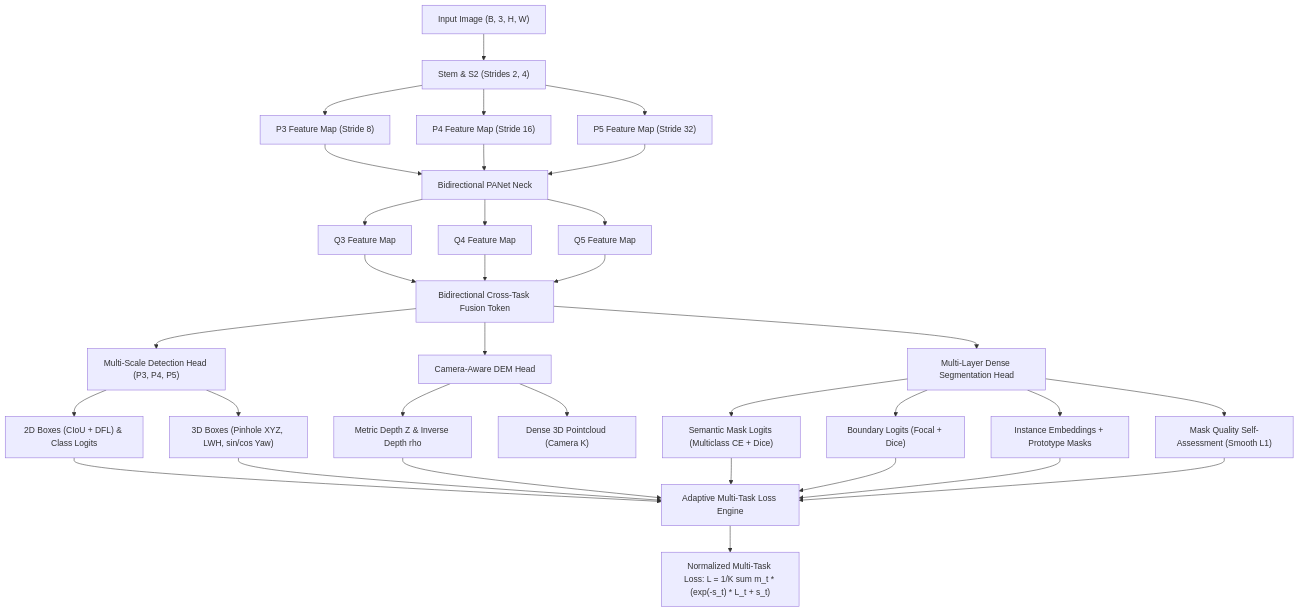
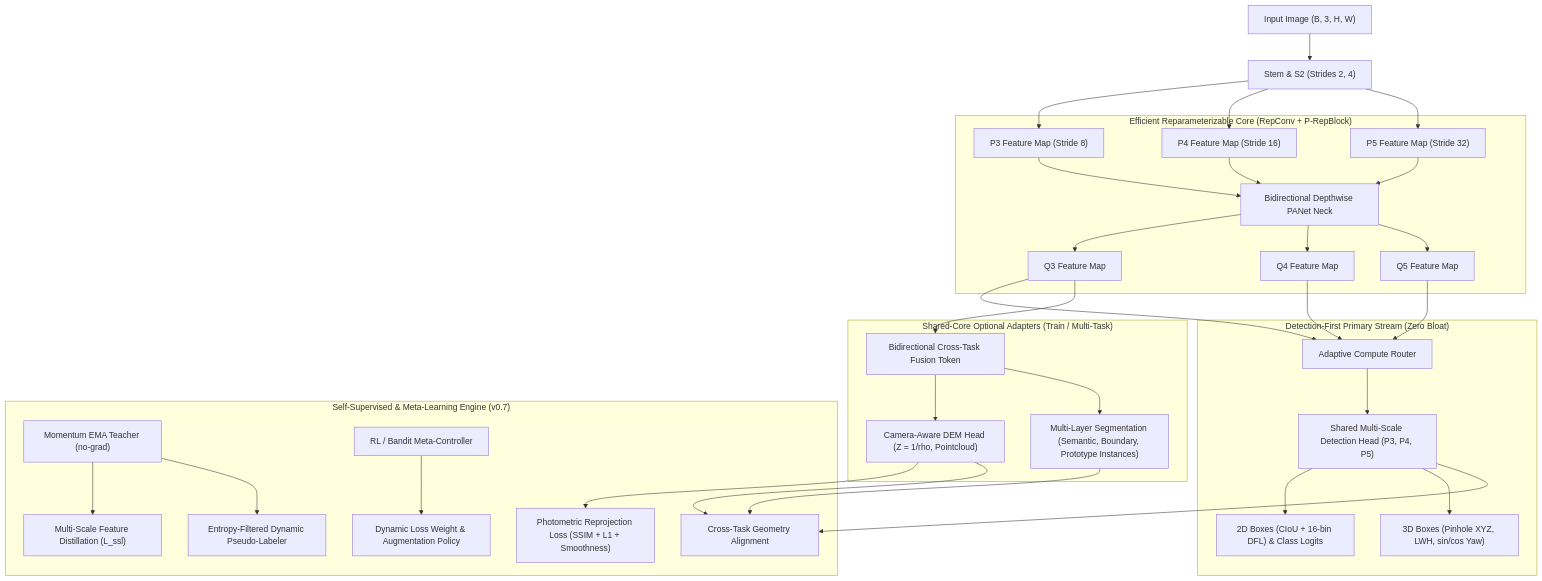
The diagram in README.md (ELANGKATHIR11/Neuravex), drawn with Mermaid before and after one commit. The commit also changed other lines of this file and 3 other files, not shown here.

Commit message:
docs: update repository description, architecture diagram, packages and setup for Neuravex v0.7

````diff
--- a/README.md
+++ b/README.md
@@ -12,31 +15,35 @@
 ```mermaid
 flowchart TD
     Input["Input Image (B, 3, H, W)"] --> Stem["Stem & S2 (Strides 2, 4)"]
     Stem --> P3["P3 Feature Map (Stride 8)"]
     Stem --> P4["P4 Feature Map (Stride 16)"]
     Stem --> P5["P5 Feature Map (Stride 32)"]
 
-    P3 & P4 & P5 --> PANet["Bidirectional PANet Neck"]
-    PANet --> Q3["Q3 Feature Map"]
-    PANet --> Q4["Q4 Feature Map"]
-    PANet --> Q5["Q5 Feature Map"]
+    subgraph Core["Efficient Reparameterizable Core (RepConv + P-RepBlock)"]
+        P3 & P4 & P5 --> PANet["Bidirectional Depthwise PANet Neck"]
+        PANet --> Q3["Q3 Feature Map"]
+        PANet --> Q4["Q4 Feature Map"]
+        PANet --> Q5["Q5 Feature Map"]
+    end
 
-    Q3 & Q4 & Q5 --> Fusion["Bidirectional Cross-Task Fusion Token"]
+    subgraph FastPath["Detection-First Primary Stream (Zero Bloat)"]
+        Q3 & Q4 & Q5 --> Router["Adaptive Compute Router"]
+        Router --> DetHead["Shared Multi-Scale Detection Head (P3, P4, P5)"]
+        DetHead --> Out2D["2D Boxes (CIoU + 16-bin DFL) & Class Logits"]
+        DetHead --> Out3D["3D Boxes (Pinhole XYZ, LWH, sin/cos Yaw)"]
+    end
 
-    Fusion --> DetHead["Multi-Scale Detection Head (P3, P4, P5)"]
-    DetHead --> Out2D["2D Boxes (CIoU + DFL) & Class Logits"]
-    DetHead --> Out3D["3D Boxes (Pinhole XYZ, LWH, sin/cos Yaw)"]
+    subgraph Auxiliary["Shared-Core Optional Adapters (Train / Multi-Task)"]
+        Q3 --> Fusion["Bidirectional Cross-Task Fusion Token"]
+        Fusion --> DEM["Camera-Aware DEM Head (Z = 1/rho, Pointcloud)"]
+        Fusion --> SegHead["Multi-Layer Segmentation (Semantic, Boundary, Prototype Instances)"]
+    end
 
-    Fusion --> DEM["Camera-Aware DEM Head"]
-    DEM --> OutDepth["Metric Depth Z & Inverse Depth rho"]
-    DEM --> OutPoints["Dense 3D Pointcloud (Camera K)"]
-
-    Fusion --> SegHead["Multi-Layer Dense Segmentation Head"]
-    SegHead --> OutSem["Semantic Mask Logits (Multiclass CE + Dice)"]
-    SegHead --> OutBound["Boundary Logits (Focal + Dice)"]
-    SegHead --> OutInst["Instance Embeddings + Prototype Masks"]
-    SegHead --> OutQual["Mask Quality Self-Assessment (Smooth L1)"]
-
-    Out2D & Out3D & OutDepth & OutSem & OutBound & OutInst & OutQual --> LossEngine["Adaptive Multi-Task Loss Engine"]
-    LossEngine --> TotalLoss["Normalized Multi-Task Loss: L = 1/K sum m_t * (exp(-s_t) * L_t + s_t)"]
+    subgraph SSL["Self-Supervised & Meta-Learning Engine (v0.7)"]
+        Teacher["Momentum EMA Teacher (no-grad)"] --> Distill["Multi-Scale Feature Distillation (L_ssl)"]
+        Teacher --> Pseudo["Entropy-Filtered Dynamic Pseudo-Labeler"]
+        DEM --> Photo["Photometric Reprojection Loss (SSIM + L1 + Smoothness)"]
+        DetHead & SegHead & DEM --> CrossGeo["Cross-Task Geometry Alignment"]
+        Bandit["RL / Bandit Meta-Controller"] --> Sched["Dynamic Loss Weight & Augmentation Policy"]
+    end
 ```
````
